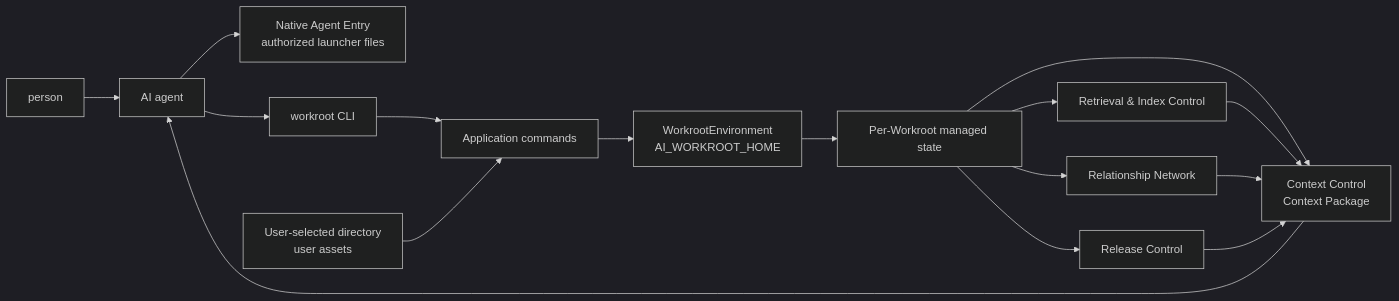
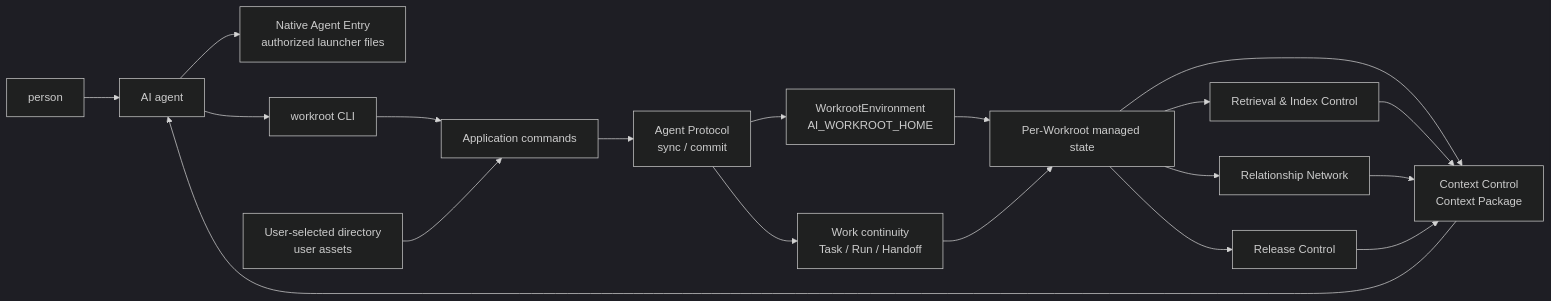
Before and after one commit to ai-workroot/ai-workroot: the first of 6 diagrams in docs/architecture-map.md, drawn with Mermaid (dark theme). The commit also changed other lines of this file and 17 other files, not shown here.

Commit message:
docs: align public architecture docs with protocol runtime

````diff
--- a/docs/architecture-map.md
+++ b/docs/architecture-map.md
@@ -17,18 +17,21 @@
 ```mermaid
 flowchart LR
   User[person] --> Agent[AI agent]
   Agent --> Entry[Native Agent Entry<br/>authorized launcher files]
   Agent --> CLI[workroot CLI]
   CLI --> Commands[Application commands]
-  Commands --> Env[WorkrootEnvironment<br/>AI_WORKROOT_HOME]
+  Commands --> Protocol[Agent Protocol<br/>sync / commit]
+  Protocol --> Env[WorkrootEnvironment<br/>AI_WORKROOT_HOME]
   Env --> WR[Per-Workroot managed state]
   UserDir[User-selected directory<br/>user assets] --> Commands
+  Protocol --> Work[Work continuity<br/>Task / Run / Handoff]
+  Work --> WR
   WR --> Context[Context Control<br/>Context Package]
   WR --> Release[Release Control]
   WR --> Rel[Relationship Network]
   WR --> Retrieval[Retrieval & Index Control]
   Retrieval --> Context
   Rel --> Context
   Release --> Context
   Context --> Agent
 ```
````
